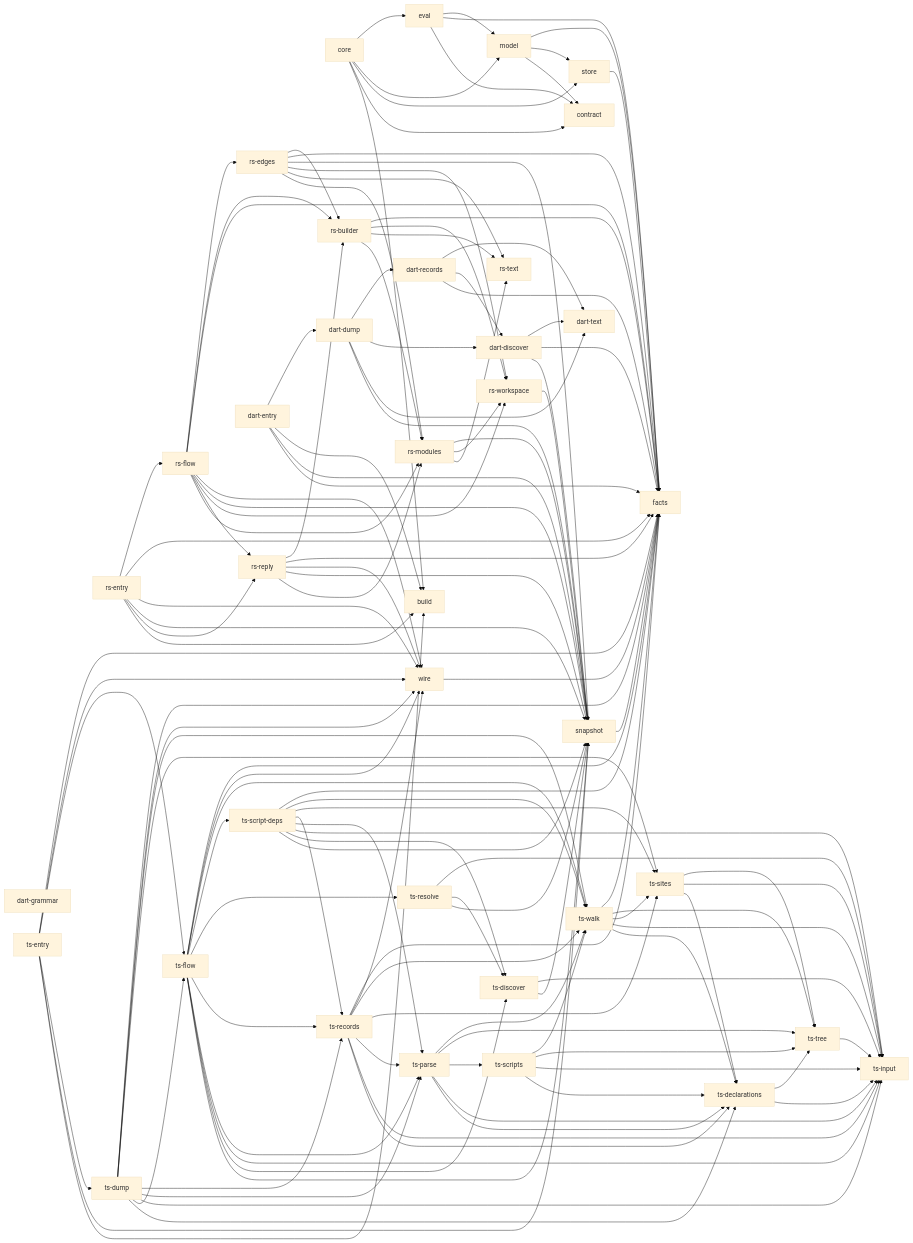
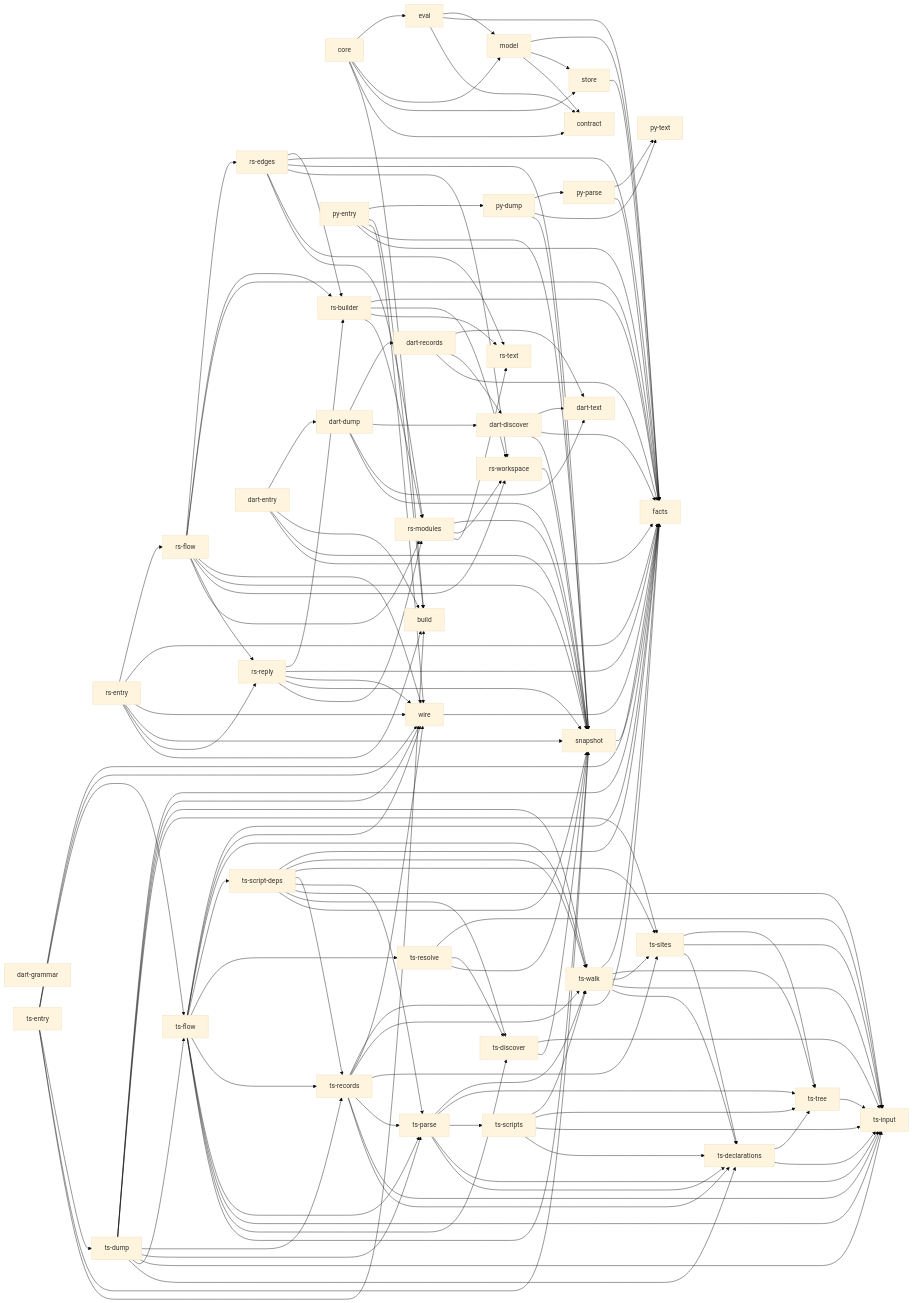
Before and after one commit to rapiddweller/archkeel: the diagram in docs/architecture/native.md, drawn with Mermaid (base theme).

Commit message:
Add the Python collector components to the native component graph
Main (#1054) checks that each native contract component is a node of the
hand-written graph in native.md; py-text, py-parse, py-dump and py-entry
were missing, with their requires edges.

````diff
--- a/docs/architecture/native.md
+++ b/docs/architecture/native.md
@@ -112,6 +112,10 @@
     n_34["dart-records"]
     n_35["dart-dump"]
     n_36["dart-entry"]
+    n_37["py-text"]
+    n_38["py-parse"]
+    n_39["py-dump"]
+    n_40["py-entry"]
     n_10 --> n_12
     n_10 --> n_13
     n_10 --> n_14
@@ -238,4 +242,14 @@
     n_36 --> n_14
     n_36 --> n_0
     n_36 --> n_35
+    n_38 --> n_4
+    n_38 --> n_37
+    n_39 --> n_14
+    n_39 --> n_37
+    n_39 --> n_38
+    n_40 --> n_4
+    n_40 --> n_14
+    n_40 --> n_30
+    n_40 --> n_0
+    n_40 --> n_39
 ```
````
